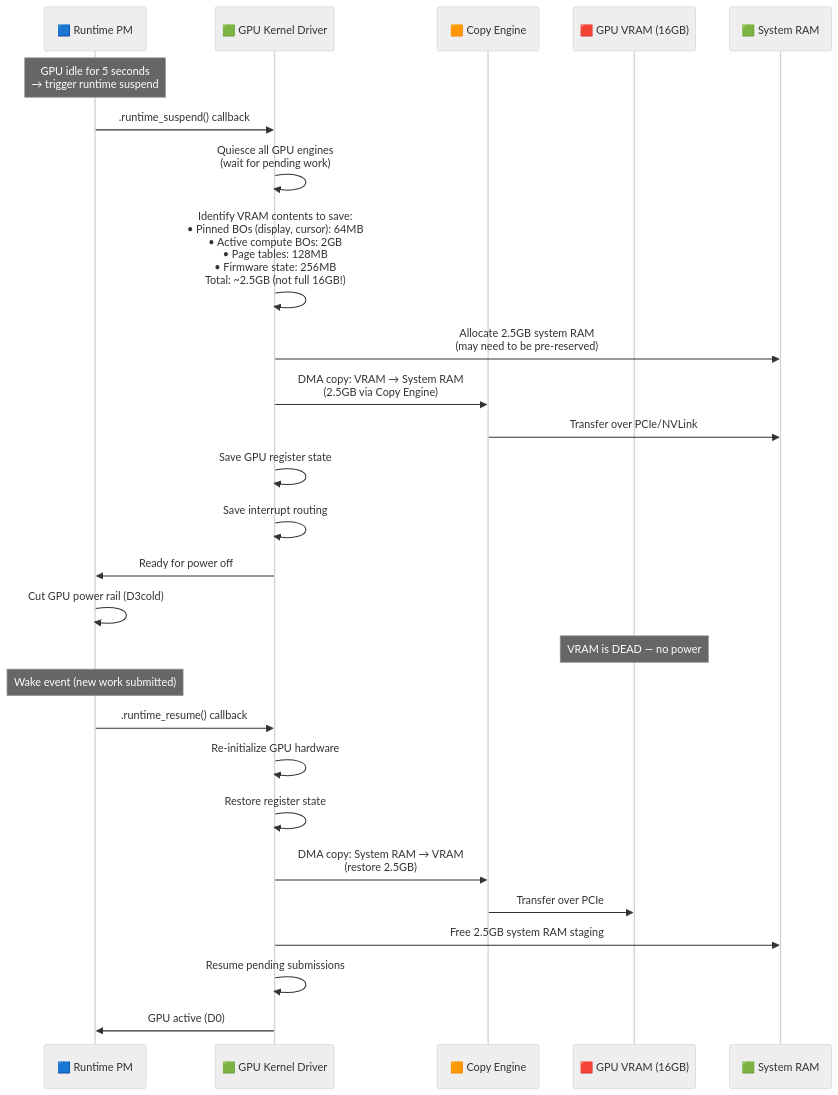
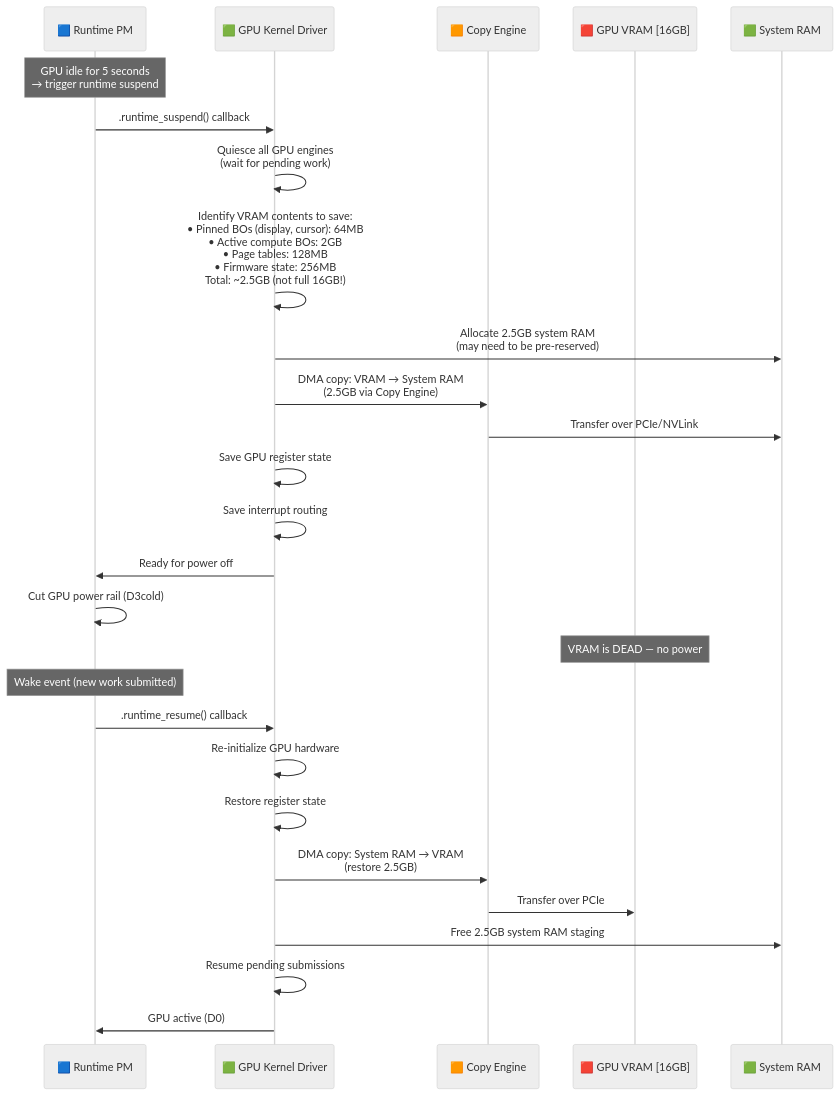
Before and after one commit to nilprajapati97/Linux: the second of 22 diagrams in MemoryManagement/18_NVIDIA_System_Design_Part2.md, drawn with Mermaid (neutral theme). The commit also changed other lines of this file and 68 other files, not shown here.

````diff
--- a/MemoryManagement/18_NVIDIA_System_Design_Part2.md
+++ b/MemoryManagement/18_NVIDIA_System_Design_Part2.md
@@ -49,41 +49,41 @@
 ```mermaid
 sequenceDiagram
     participant RT_PM as 🟦 Runtime PM
     participant DRV as 🟩 GPU Kernel Driver
     participant CE as 🟧 Copy Engine
-    participant VRAM as 🟥 GPU VRAM (16GB)
+    participant VRAM as 🟥 GPU VRAM [16GB]
     participant RAM as 🟩 System RAM
 
     Note over RT_PM: GPU idle for 5 seconds<br/>→ trigger runtime suspend
 
     RT_PM->>DRV: .runtime_suspend() callback
 
     DRV->>DRV: Quiesce all GPU engines<br/>(wait for pending work)
 
     DRV->>DRV: Identify VRAM contents to save:<br/>• Pinned BOs (display, cursor): 64MB<br/>• Active compute BOs: 2GB<br/>• Page tables: 128MB<br/>• Firmware state: 256MB<br/>Total: ~2.5GB (not full 16GB!)
 
     DRV->>RAM: Allocate 2.5GB system RAM<br/>(may need to be pre-reserved)
 
     DRV->>CE: DMA copy: VRAM → System RAM<br/>(2.5GB via Copy Engine)
     CE->>RAM: Transfer over PCIe/NVLink
 
     DRV->>DRV: Save GPU register state
     DRV->>DRV: Save interrupt routing
     DRV->>RT_PM: Ready for power off
 
     RT_PM->>RT_PM: Cut GPU power rail (D3cold)
     Note over VRAM: VRAM is DEAD — no power
 
     Note over RT_PM: Wake event (new work submitted)
     RT_PM->>DRV: .runtime_resume() callback
 
     DRV->>DRV: Re-initialize GPU hardware
     DRV->>DRV: Restore register state
 
     DRV->>CE: DMA copy: System RAM → VRAM<br/>(restore 2.5GB)
     CE->>VRAM: Transfer over PCIe
 
     DRV->>RAM: Free 2.5GB system RAM staging
     DRV->>DRV: Resume pending submissions
     DRV->>RT_PM: GPU active (D0)
 ```
````
